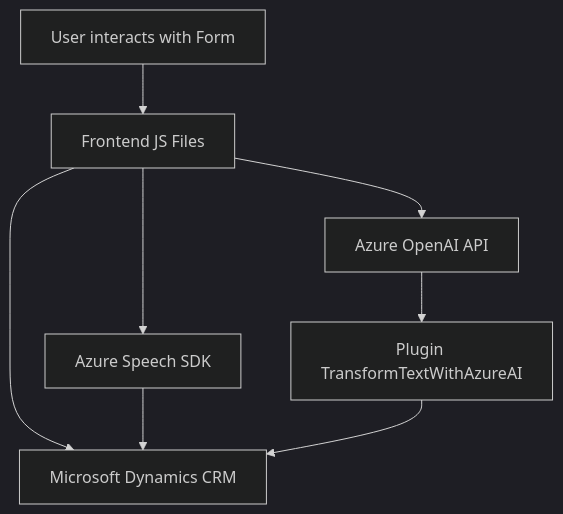
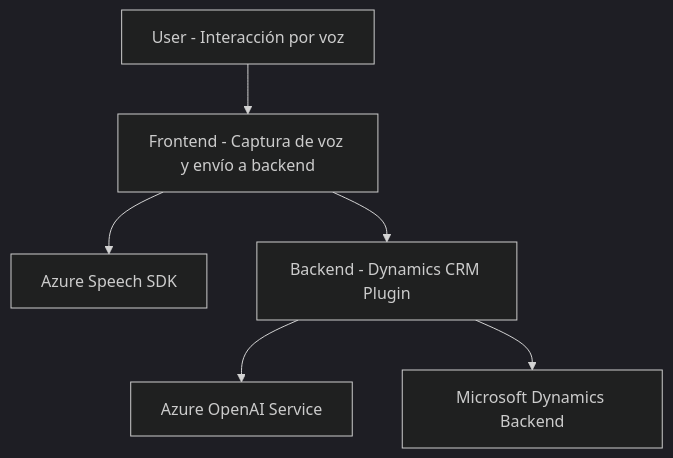
The diagram in README.md (blopezdm/NETCORE_BILBAO2025), drawn with Mermaid (dark theme) before and after one commit. The commit also changed other lines of this file, not shown here.

````diff
--- a/README.md
+++ b/README.md
@@ -32,17 +41,15 @@
 ```mermaid
 graph TD
-A["User interacts with Form"]
-B["Frontend JS Files"]
-C["Plugin TransformTextWithAzureAI"]
-D["Azure Speech SDK"]
-E["Azure OpenAI API"]
-F["Microsoft Dynamics CRM"]
+    A["User - Interacción por voz"]
+    B["Frontend - Captura de voz y envío a backend"]
+    C["Azure Speech SDK"]
+    D["Backend - Dynamics CRM Plugin"]
+    E["Azure OpenAI Service"]
+    F["Microsoft Dynamics Backend"]
 
-A --> B
-B --> D
-B --> F
-B --> E
-D --> F
-E --> C
-C --> F
+    A --> B
+    B --> C
+    B --> D
+    D --> E
+    D --> F
 ```
````
